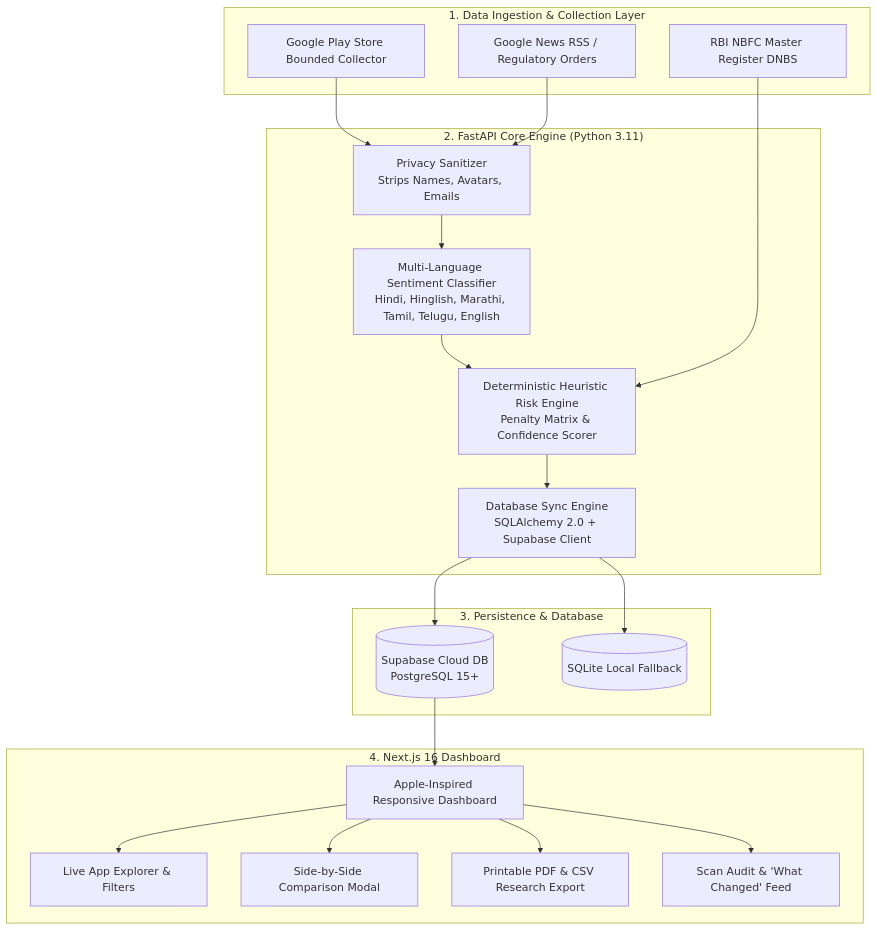
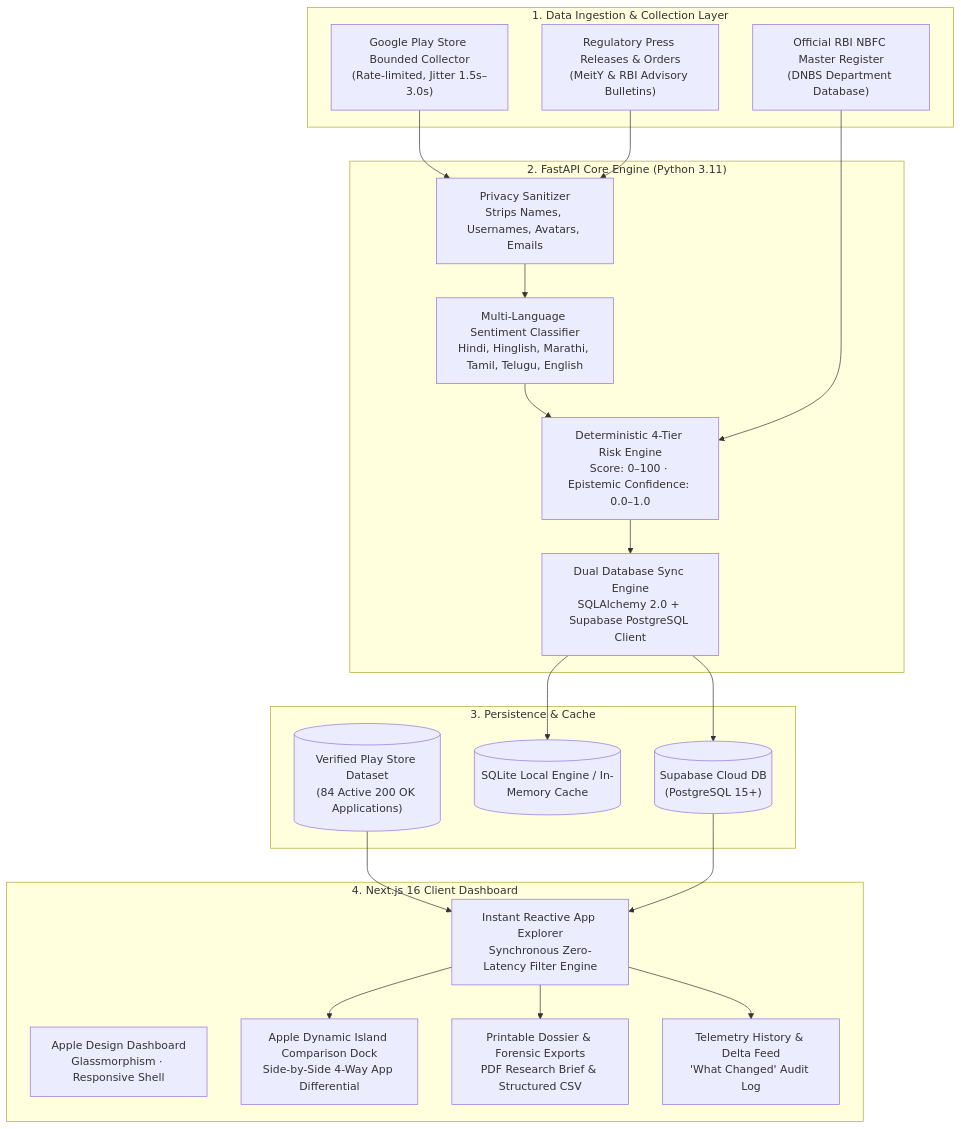
The diagram in README.md (Vr838/loan-app-safety-checker), drawn with Mermaid before and after one commit. The commit also changed other lines of this file and 1 other file, not shown here.

Commit message:
Fix visible table filter with zero-latency reactive architecture and remake README documentation

````diff
--- a/README.md
+++ b/README.md
@@ -32,42 +44,43 @@
 ```mermaid
 flowchart TD
-    subgraph DataCollection["1. Data Ingestion & Collection Layer"]
-        GP[Google Play Store Bounded Collector]
-        GN[Google News RSS / Regulatory Orders]
-        RBI[RBI NBFC Master Register DNBS]
+    subgraph Ingestion["1. Data Ingestion & Collection Layer"]
+        GP["Google Play Store Bounded Collector<br/>(Rate-limited, Jitter 1.5s–3.0s)"]
+        RBI["Official RBI NBFC Master Register<br/>(DNBS Department Database)"]
+        NEWS["Regulatory Press Releases & Orders<br/>(MeitY & RBI Advisory Bulletins)"]
     end
 
-    subgraph BackendEngine["2. FastAPI Core Engine (Python 3.11)"]
-        PII[Privacy Sanitizer<br/>Strips Names, Avatars, Emails]
-        ML[Multi-Language Sentiment Classifier<br/>Hindi, Hinglish, Marathi, Tamil, Telugu, English]
-        Scoring[Deterministic Heuristic Risk Engine<br/>Penalty Matrix & Confidence Scorer]
-        Sync[Database Sync Engine<br/>SQLAlchemy 2.0 + Supabase Client]
+    subgraph CoreEngine["2. FastAPI Core Engine (Python 3.11)"]
+        PII["Privacy Sanitizer<br/>Strips Names, Usernames, Avatars, Emails"]
+        NLP["Multi-Language Sentiment Classifier<br/>Hindi, Hinglish, Marathi, Tamil, Telugu, English"]
+        Scoring["Deterministic 4-Tier Risk Engine<br/>Score: 0–100 · Epistemic Confidence: 0.0–1.0"]
+        Sync["Dual Database Sync Engine<br/>SQLAlchemy 2.0 + Supabase PostgreSQL Client"]
     end
 
-    subgraph Storage["3. Persistence & Database"]
-        Supa[(Supabase Cloud DB<br/>PostgreSQL 15+)]
-        LocalDB[(SQLite Local Fallback)]
+    subgraph Storage["3. Persistence & Cache"]
+        Supa[("Supabase Cloud DB<br/>(PostgreSQL 15+)")]
+        LocalDB[("SQLite Local Engine / In-Memory Cache")]
+        Dataset[("Verified Play Store Dataset<br/>(84 Active 200 OK Applications)")]
     end
 
-    subgraph Frontend["4. Next.js 16 Dashboard"]
-        UI[Apple-Inspired Responsive Dashboard]
-        Table[Live App Explorer & Filters]
-        Compare[Side-by-Side Comparison Modal]
-        Dossier[Printable PDF & CSV Research Export]
-        History[Scan Audit & 'What Changed' Feed]
+    subgraph Frontend["4. Next.js 16 Client Dashboard"]
+        UI["Apple Design Dashboard<br/>Glassmorphism · Responsive Shell"]
+        Table["Instant Reactive App Explorer<br/>Synchronous Zero-Latency Filter Engine"]
+        Dock["Apple Dynamic Island Comparison Dock<br/>Side-by-Side 4-Way App Differential"]
+        Dossier["Printable Dossier & Forensic Exports<br/>PDF Research Brief & Structured CSV"]
+        Audit["Telemetry History & Delta Feed<br/>'What Changed' Audit Log"]
     end
 
     GP --> PII
-    GN --> PII
-    PII --> ML
-    ML --> Scoring
+    NEWS --> PII
+    PII --> NLP
+    NLP --> Scoring
     RBI --> Scoring
     Scoring --> Sync
     Sync --> Supa
     Sync --> LocalDB
-    Supa --> UI
-    UI --> Table
-    UI --> Compare
-    UI --> Dossier
-    UI --> History
+    Dataset --> Table
+    Supa --> Table
+    Table --> Dock
+    Table --> Dossier
+    Table --> Audit
 ```
````
